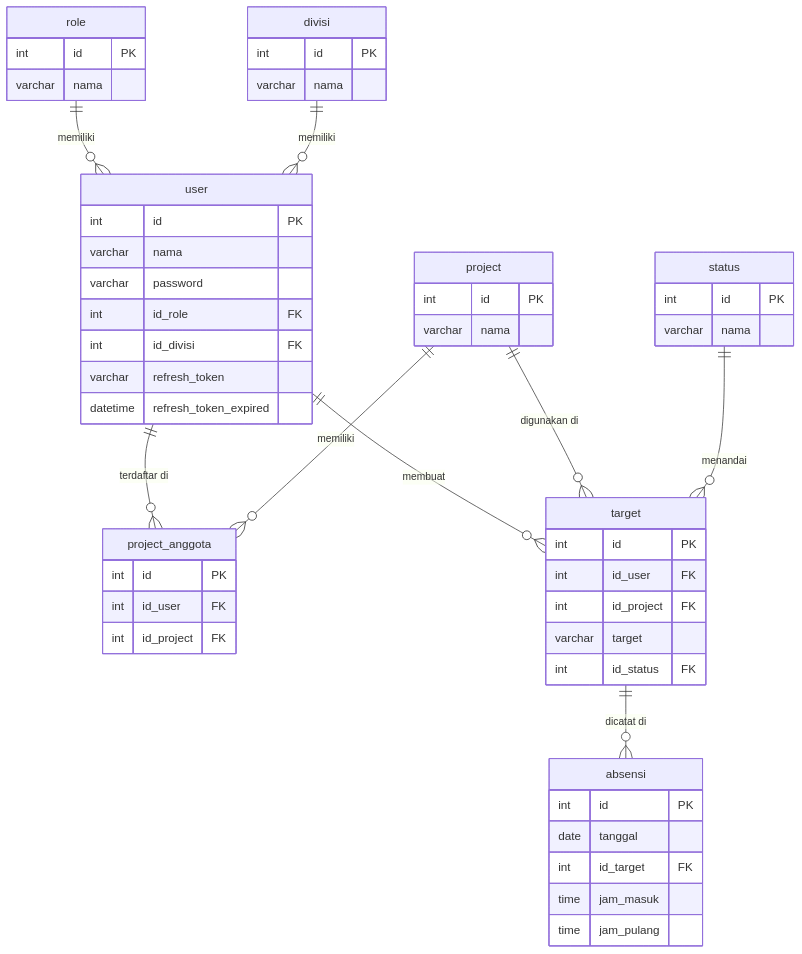
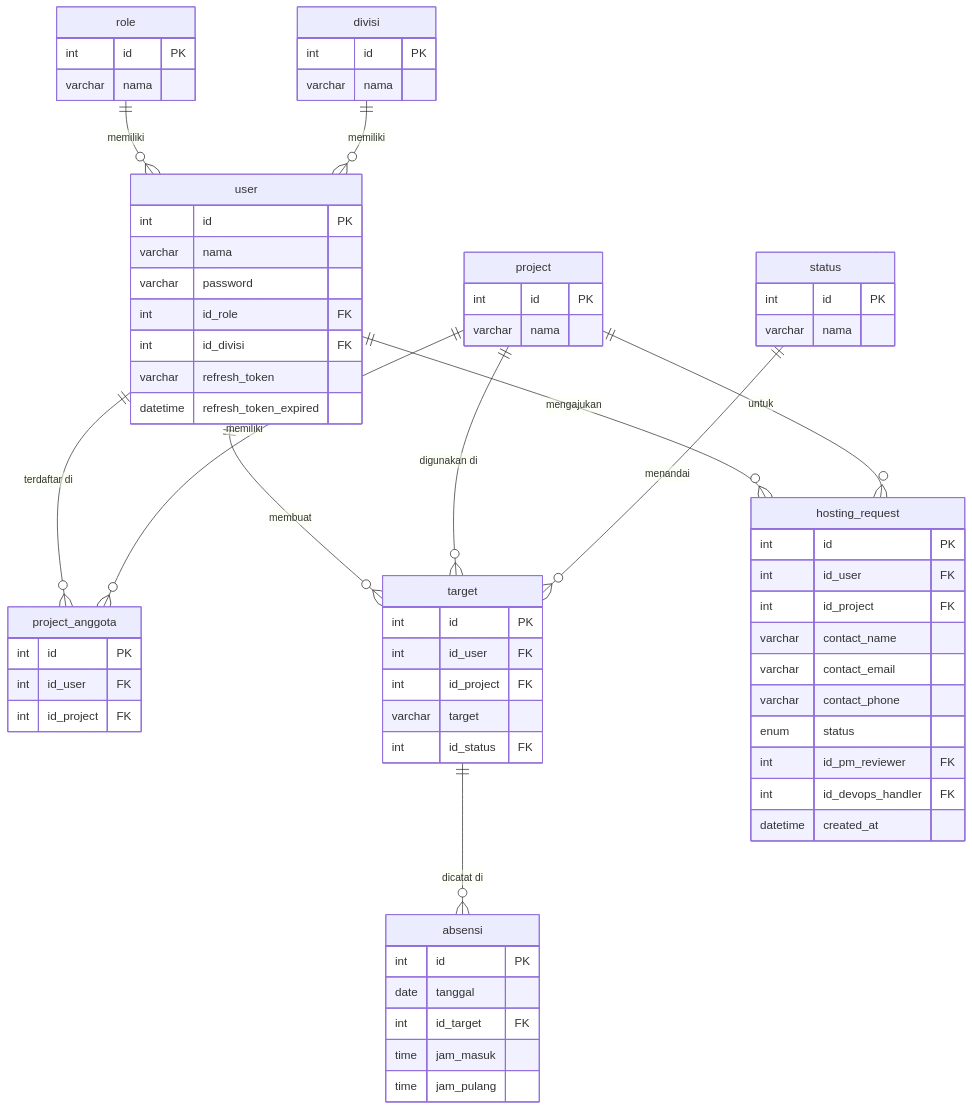
One commit to rizitakanashi-dev/Absensi-Tefa changed the diagram in README.md. Above: the diagram before and after it, drawn with Mermaid. The commit also changed other lines of this file, not shown here.

````diff
--- a/README.md
+++ b/README.md
@@ -100,56 +82,70 @@
 ```mermaid
 erDiagram
     role {
         int id PK
         varchar nama
     }
     divisi {
         int id PK
         varchar nama
     }
     status {
         int id PK
         varchar nama
     }
     project {
         int id PK
         varchar nama
     }
     user {
         int id PK
         varchar nama
         varchar password
         int id_role FK
         int id_divisi FK
         varchar refresh_token
         datetime refresh_token_expired
     }
     project_anggota {
         int id PK
         int id_user FK
         int id_project FK
     }
     target {
         int id PK
         int id_user FK
         int id_project FK
         varchar target
         int id_status FK
     }
     absensi {
         int id PK
         date tanggal
         int id_target FK
         time jam_masuk
         time jam_pulang
     }
+    hosting_request {
+        int id PK
+        int id_user FK
+        int id_project FK
+        varchar contact_name
+        varchar contact_email
+        varchar contact_phone
+        enum status
+        int id_pm_reviewer FK
+        int id_devops_handler FK
+        datetime created_at
+    }
 
     role ||--o{ user : "memiliki"
     divisi ||--o{ user : "memiliki"
     user ||--o{ project_anggota : "terdaftar di"
     project ||--o{ project_anggota : "memiliki"
     user ||--o{ target : "membuat"
     project ||--o{ target : "digunakan di"
     status ||--o{ target : "menandai"
     target ||--o{ absensi : "dicatat di"
+    user ||--o{ hosting_request : "mengajukan"
+    project ||--o{ hosting_request : "untuk"
 ```
````
